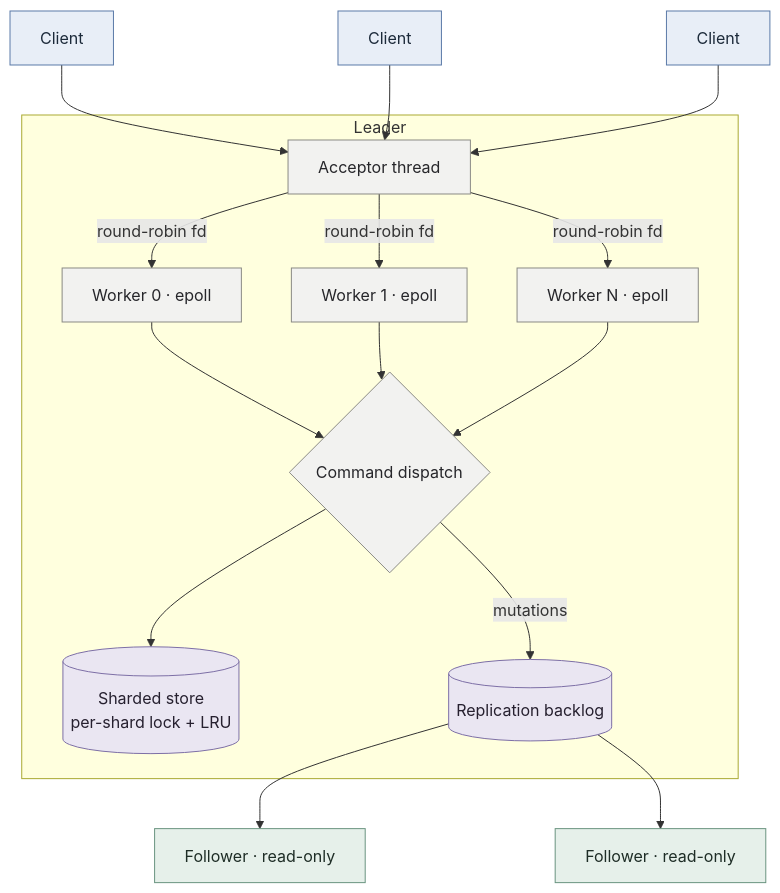
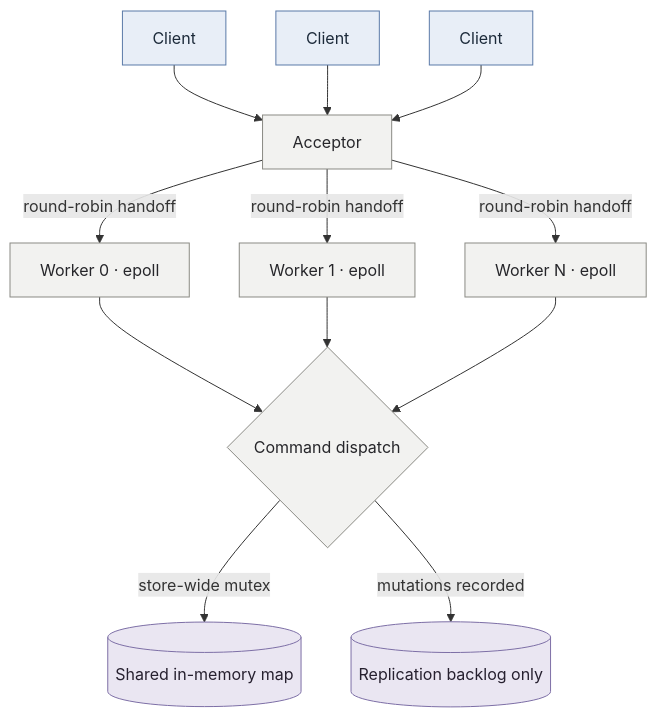
The diagram in README.md (ByteB1itz420/distributed-in-memory-key-value-store), drawn with Mermaid before and after one commit. The commit also changed other lines of this file and 24 other files, not shown here.

````diff
--- a/README.md
+++ b/README.md
@@ -129,26 +128,19 @@
 ```mermaid
 flowchart TB
     C1[Client]:::cl --> A
     C2[Client]:::cl --> A
     C3[Client]:::cl --> A
 
-    subgraph Leader
-        A[Acceptor thread]:::sv
-        A -->|round-robin fd| W0[Worker 0 · epoll]:::sv
-        A -->|round-robin fd| W1[Worker 1 · epoll]:::sv
-        A -->|round-robin fd| WN[Worker N · epoll]:::sv
-        W0 --> D{Command dispatch}:::sv
-        W1 --> D
-        WN --> D
-        D --> S[(Sharded store<br/>per-shard lock + LRU)]:::st
-        D -->|mutations| B[(Replication backlog)]:::st
-    end
-
-    B --> F1[Follower · read-only]:::rp
-    B --> F2[Follower · read-only]:::rp
+    A[Acceptor]:::sv -->|round-robin handoff| W0[Worker 0 · epoll]:::sv
+    A -->|round-robin handoff| W1[Worker 1 · epoll]:::sv
+    A -->|round-robin handoff| WN[Worker N · epoll]:::sv
+    W0 --> D{Command dispatch}:::sv
+    W1 --> D
+    WN --> D
+    D -->|store-wide mutex| S[(Shared in-memory map)]:::st
+    D -->|mutations recorded| B[(Replication backlog only)]:::st
 
     classDef cl fill:#e8eef7,stroke:#5b7aa8,color:#1c2a3a
     classDef sv fill:#f2f2f0,stroke:#8a8a84,color:#26262a
     classDef st fill:#eae6f2,stroke:#7d6fa6,color:#26202f
-    classDef rp fill:#e6f0ea,stroke:#6a9480,color:#1e2d26
 ```
````
